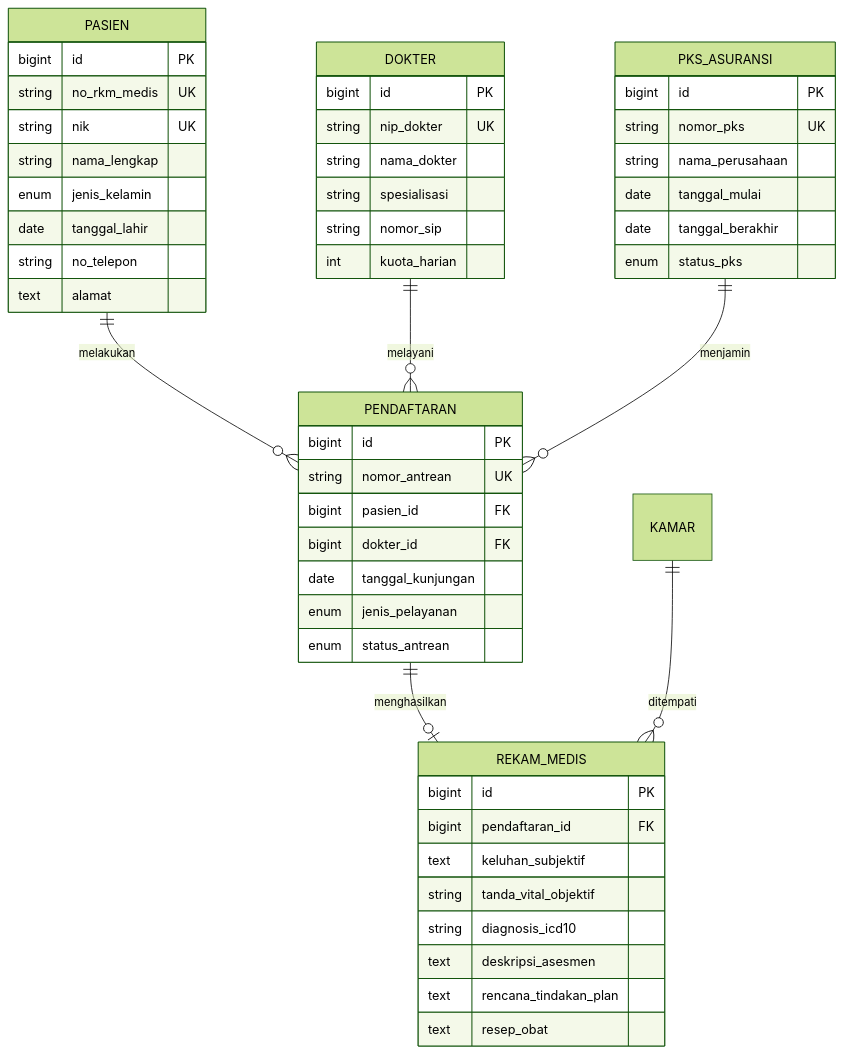
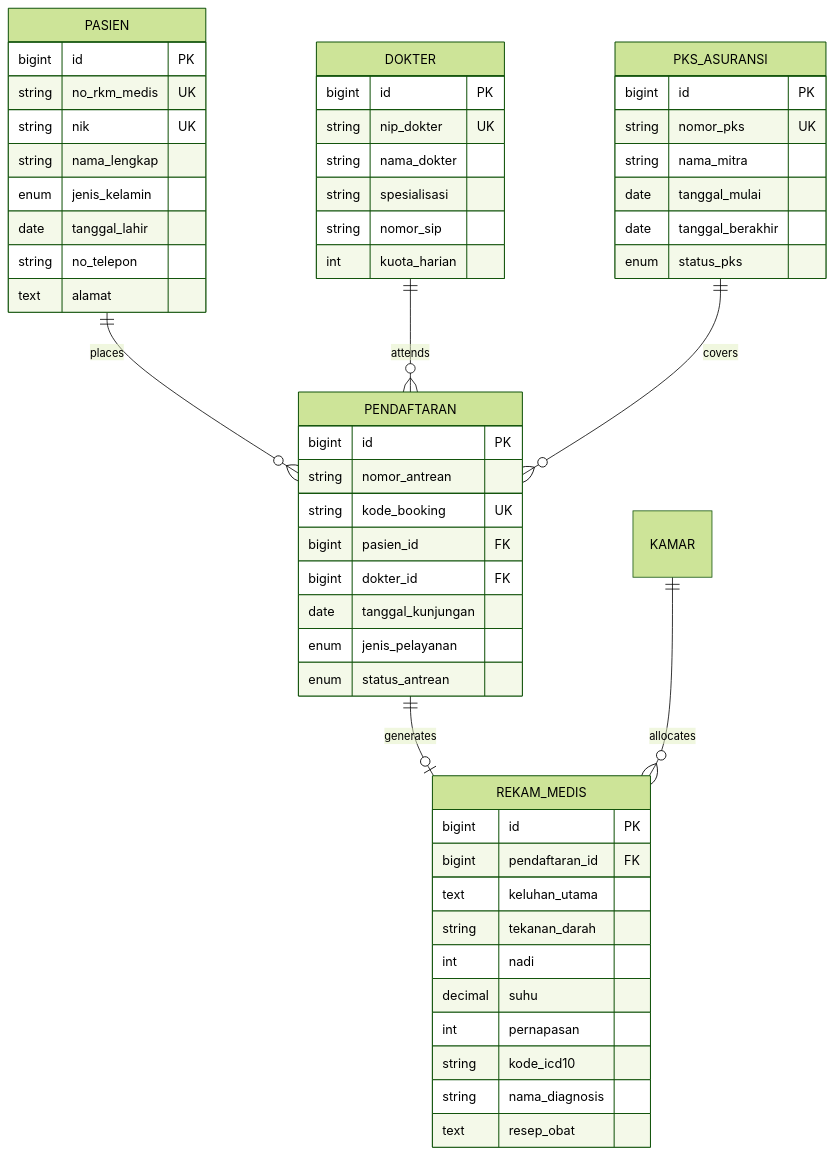
Before and after one commit to InfiniteNull/simrs-laravel: the diagram in README.md, drawn with Mermaid (forest theme). The commit also changed other lines of this file, not shown here.

Commit message:
docs: refine architecture and specifications in README

````diff
--- a/README.md
+++ b/README.md
@@ -93,58 +61,61 @@
 ```mermaid
 erDiagram
-    PASIEN ||--o{ PENDAFTARAN : "melakukan"
-    DOKTER ||--o{ PENDAFTARAN : "melayani"
-    PENDAFTARAN ||--o| REKAM_MEDIS : "menghasilkan"
-    KAMAR ||--o{ REKAM_MEDIS : "ditempati"
-    PKS_ASURANSI ||--o{ PENDAFTARAN : "menjamin"
+    PASIEN ||--o{ PENDAFTARAN : places
+    DOKTER ||--o{ PENDAFTARAN : attends
+    PENDAFTARAN ||--o| REKAM_MEDIS : generates
+    KAMAR ||--o{ REKAM_MEDIS : allocates
+    PKS_ASURANSI ||--o{ PENDAFTARAN : covers
 
     PASIEN {
         bigint id PK
         string no_rkm_medis UK
         string nik UK
         string nama_lengkap
         enum jenis_kelamin
         date tanggal_lahir
         string no_telepon
         text alamat
     }
 
     DOKTER {
         bigint id PK
         string nip_dokter UK
         string nama_dokter
         string spesialisasi
         string nomor_sip
         int kuota_harian
     }
 
     PENDAFTARAN {
         bigint id PK
-        string nomor_antrean UK
+        string nomor_antrean
+        string kode_booking UK
         bigint pasien_id FK
         bigint dokter_id FK
         date tanggal_kunjungan
         enum jenis_pelayanan
         enum status_antrean
     }
 
     REKAM_MEDIS {
         bigint id PK
         bigint pendaftaran_id FK
-        text keluhan_subjektif
-        string tanda_vital_objektif
-        string diagnosis_icd10
-        text deskripsi_asesmen
-        text rencana_tindakan_plan
+        text keluhan_utama
+        string tekanan_darah
+        int nadi
+        decimal suhu
+        int pernapasan
+        string kode_icd10
+        string nama_diagnosis
         text resep_obat
     }
 
     PKS_ASURANSI {
         bigint id PK
         string nomor_pks UK
-        string nama_perusahaan
+        string nama_mitra
         date tanggal_mulai
         date tanggal_berakhir
         enum status_pks
     }
 ```
````
